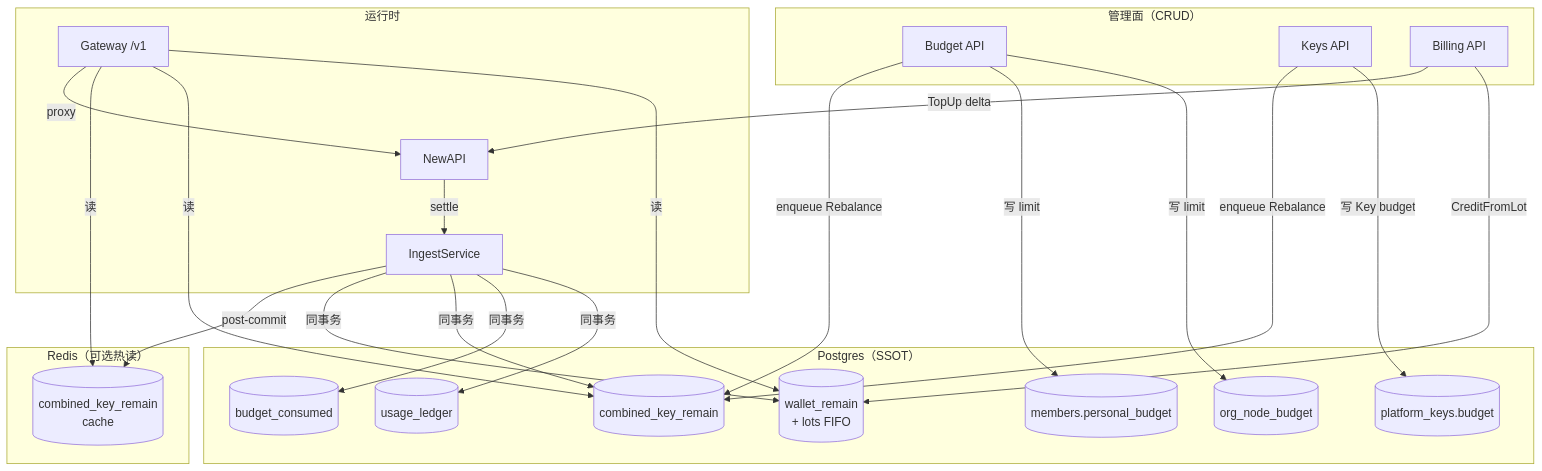
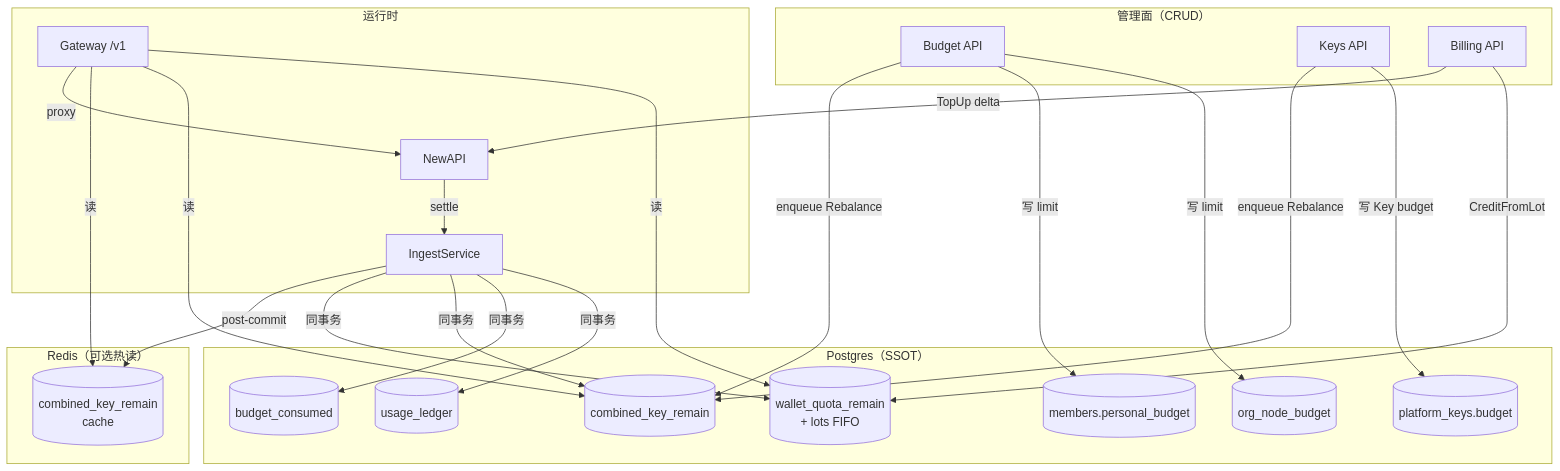
Before and after one commit to quyip8818/mytokenjoy: the first of 10 diagrams in docs/reviews/budget-quota-billing-architecture.md, drawn with Mermaid. The commit also changed other lines of this file and 43 other files, not shown here.

Commit message:
rename wallet_remain → wallet_quota_remain

````diff
--- a/docs/reviews/budget-quota-billing-architecture.md
+++ b/docs/reviews/budget-quota-billing-architecture.md
@@ -68,40 +68,40 @@
 ```mermaid
 flowchart TB
   subgraph admin ["管理面（CRUD）"]
     BA[Budget API]
     KA[Keys API]
     BI[Billing API]
   end
 
   subgraph pg ["Postgres（SSOT）"]
-    WAL[(wallet_remain<br/>+ lots FIFO)]
+    WAL[(wallet_quota_remain<br/>+ lots FIFO)]
     ONB[(org_node_budget)]
     MEM[(members.personal_budget)]
     PK[(platform_keys.budget)]
     BC[(budget_consumed)]
     CKR[(combined_key_remain)]
     UL[(usage_ledger)]
   end
 
   subgraph cache ["Redis（可选热读）"]
     RC[(combined_key_remain<br/>cache)]
   end
 
   subgraph runtime ["运行时"]
     GW[Gateway /v1]
     NA[NewAPI]
     ING[IngestService]
   end
 
   BA -->|写 limit| ONB & MEM
   KA -->|写 Key budget| PK
   BA & KA -->|enqueue Rebalance| CKR
   BI -->|CreditFromLot| WAL
   BI -->|TopUp delta| NA
 
   GW -->|读| WAL & CKR & RC
   GW -->|proxy| NA
   NA -->|settle| ING
   ING -->|同事务| UL & BC & CKR & WAL
   ING -->|post-commit| RC
 ```
````
